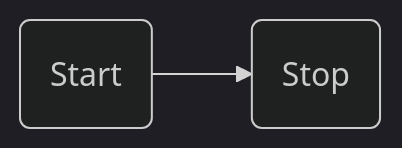
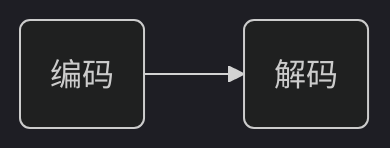
Before and after one commit to q1505171461/gittest: the diagram in readme.md, drawn with Mermaid (dark theme).

````diff
--- a/readme.md
+++ b/readme.md
@@ -4,5 +4,5 @@
 ```mermaid
 flowchart LR
-    编码(Start)-->id2(Stop)
+    编码(编码)-->decode(解码)
 
 ```
````
